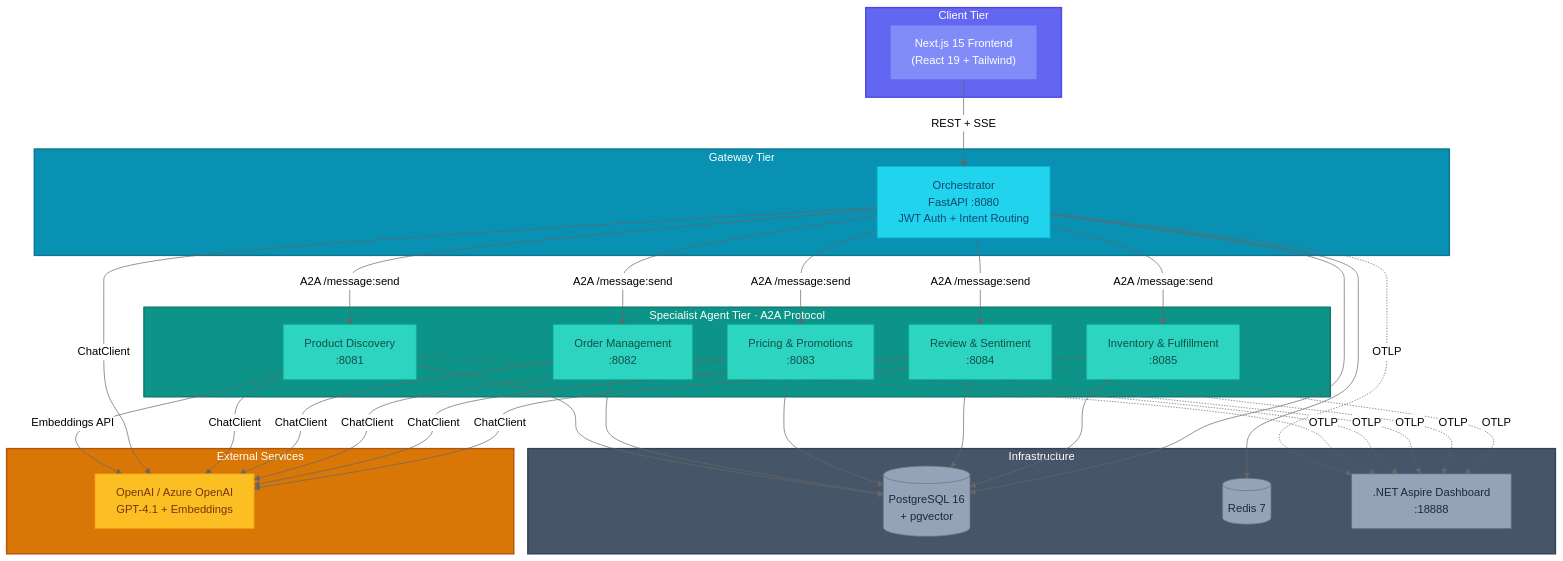
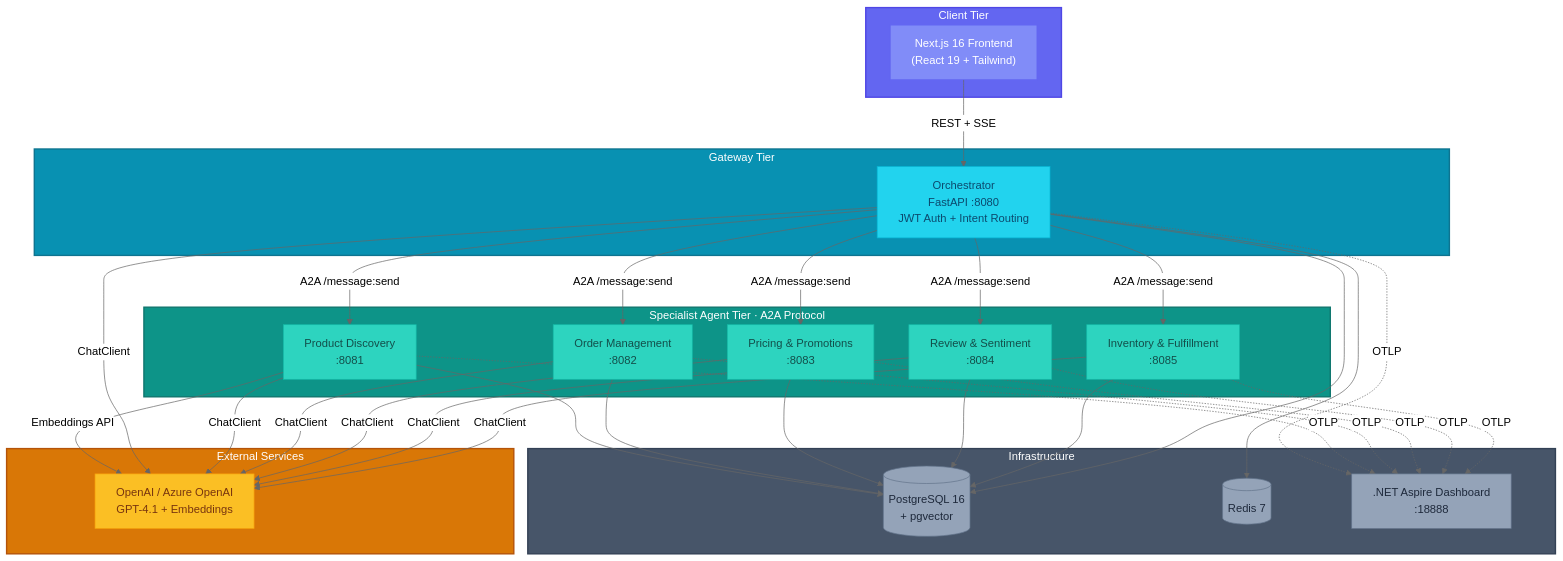
Before and after one commit to Yakuso234/DG: the first of 7 diagrams in docs/architecture.md, drawn with Mermaid (neutral theme). The commit also changed other lines of this file and 20 other files, not shown here.

````diff
--- a/docs/architecture.md
+++ b/docs/architecture.md
@@ -11,80 +11,80 @@
 ```mermaid
 graph TB
     subgraph Client["Client Tier"]
-        FE["Next.js 15 Frontend<br/>(React 19 + Tailwind)"]
+        FE["Next.js 16 Frontend<br/>(React 19 + Tailwind)"]
     end
 
     subgraph Gateway["Gateway Tier"]
         ORCH["Orchestrator<br/>FastAPI :8080<br/>JWT Auth + Intent Routing"]
     end
 
     subgraph Agents["Specialist Agent Tier · A2A Protocol"]
         PD["Product Discovery<br/>:8081"]
         OM["Order Management<br/>:8082"]
         PP["Pricing &amp; Promotions<br/>:8083"]
         RS["Review &amp; Sentiment<br/>:8084"]
         IF["Inventory &amp; Fulfillment<br/>:8085"]
     end
 
     subgraph Infra["Infrastructure"]
         PG[("PostgreSQL 16<br/>+ pgvector")]
         RD[("Redis 7")]
         ASPIRE[".NET Aspire Dashboard<br/>:18888"]
     end
 
     subgraph External["External Services"]
         LLM["OpenAI / Azure OpenAI<br/>GPT-4.1 + Embeddings"]
     end
 
     FE -->|"REST + SSE"| ORCH
     ORCH -->|"A2A /message:send"| PD
     ORCH -->|"A2A /message:send"| OM
     ORCH -->|"A2A /message:send"| PP
     ORCH -->|"A2A /message:send"| RS
     ORCH -->|"A2A /message:send"| IF
 
     PD --> PG
     OM --> PG
     PP --> PG
     RS --> PG
     IF --> PG
 
     ORCH --> PG
     ORCH --> RD
 
     PD -->|"Embeddings API"| LLM
     ORCH -->|"ChatClient"| LLM
     PD -->|"ChatClient"| LLM
     OM -->|"ChatClient"| LLM
     PP -->|"ChatClient"| LLM
     RS -->|"ChatClient"| LLM
     IF -->|"ChatClient"| LLM
 
     ORCH -.->|"OTLP"| ASPIRE
     PD -.->|"OTLP"| ASPIRE
     OM -.->|"OTLP"| ASPIRE
     PP -.->|"OTLP"| ASPIRE
     RS -.->|"OTLP"| ASPIRE
     IF -.->|"OTLP"| ASPIRE
 
     style Client fill:#6366f1,stroke:#4f46e5,stroke-width:2px,color:#fff
     style FE fill:#818cf8,stroke:#6366f1,color:#fff
 
     style Gateway fill:#0891b2,stroke:#0e7490,stroke-width:2px,color:#fff
     style ORCH fill:#22d3ee,stroke:#06b6d4,color:#0c4a6e
 
     style Agents fill:#0d9488,stroke:#0f766e,stroke-width:2px,color:#fff
     style PD fill:#2dd4bf,stroke:#14b8a6,color:#134e4a
     style OM fill:#2dd4bf,stroke:#14b8a6,color:#134e4a
     style PP fill:#2dd4bf,stroke:#14b8a6,color:#134e4a
     style RS fill:#2dd4bf,stroke:#14b8a6,color:#134e4a
     style IF fill:#2dd4bf,stroke:#14b8a6,color:#134e4a
 
     style Infra fill:#475569,stroke:#334155,stroke-width:2px,color:#fff
     style PG fill:#94a3b8,stroke:#64748b,color:#1e293b
     style RD fill:#94a3b8,stroke:#64748b,color:#1e293b
     style ASPIRE fill:#94a3b8,stroke:#64748b,color:#1e293b
 
     style External fill:#d97706,stroke:#b45309,stroke-width:2px,color:#fff
     style LLM fill:#fbbf24,stroke:#f59e0b,color:#78350f
 ```
````
